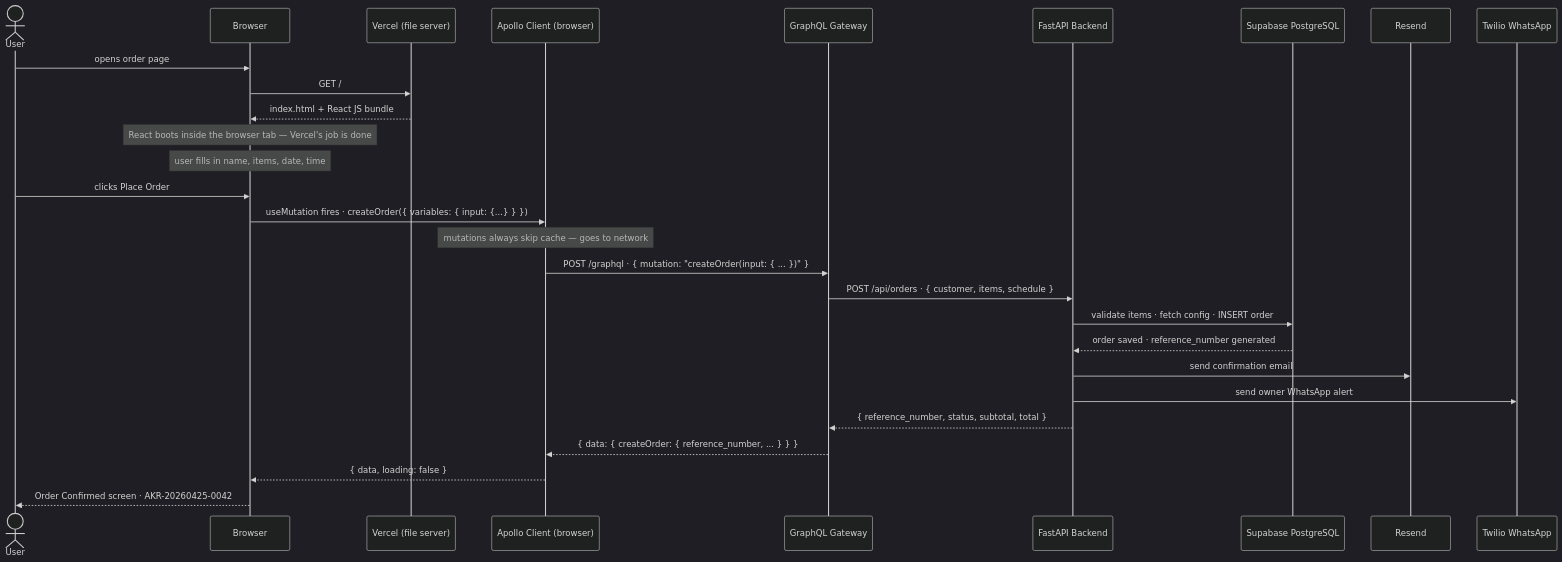
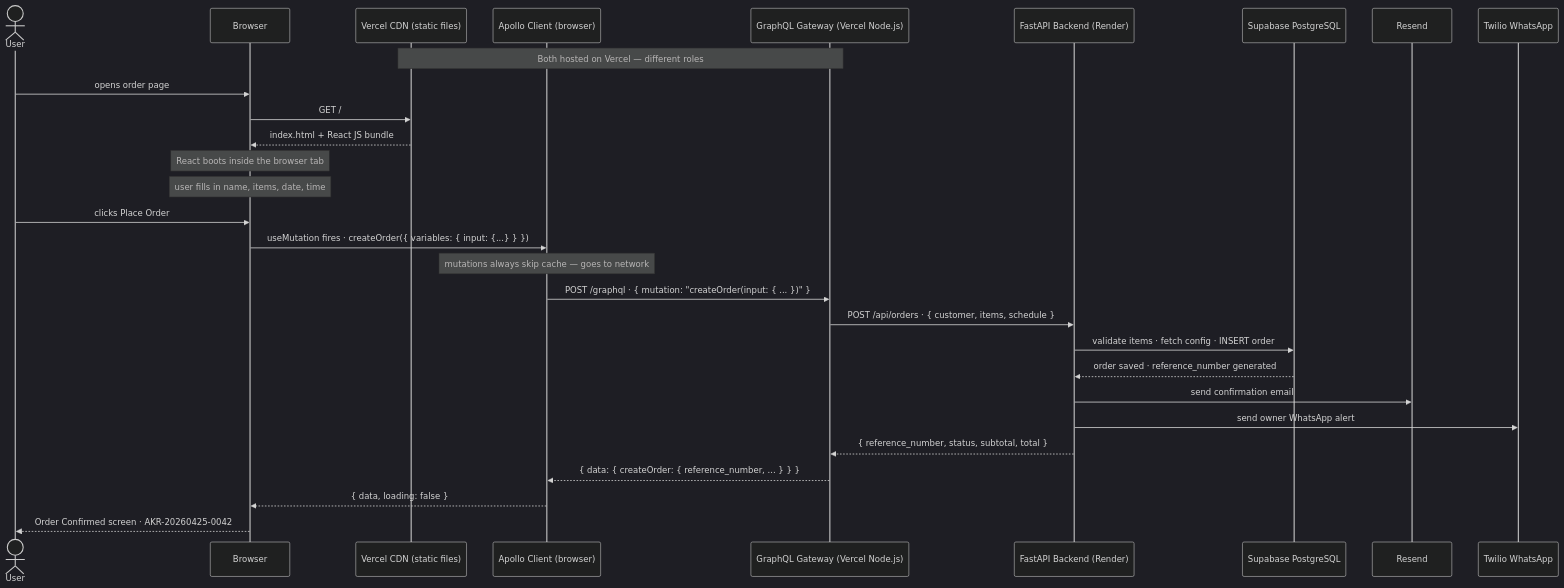
The second of 3 diagrams in src/docs/engineering-practices/graphql-request-flow.md (vikasparth/restaurant-main), drawn with Mermaid (dark theme) before and after one commit. The commit also changed other lines of this file, not shown here.

First line of the commit message:
fix: clarify Vercel hosts both CDN and gateway in request flow diagrams

````diff
--- a/src/docs/engineering-practices/graphql-request-flow.md
+++ b/src/docs/engineering-practices/graphql-request-flow.md
@@ -92,32 +94,34 @@
 ```mermaid
 sequenceDiagram
     actor User
     participant B as Browser
-    participant Vercel as Vercel (file server)
+    participant VCDN as Vercel CDN (static files)
     participant APC as Apollo Client (browser)
-    participant GW as GraphQL Gateway
-    participant BE as FastAPI Backend
+    participant GW as GraphQL Gateway (Vercel Node.js)
+    participant BE as FastAPI Backend (Render)
     participant DB as Supabase PostgreSQL
     participant Email as Resend
     participant WA as Twilio WhatsApp
 
+    Note over VCDN,GW: Both hosted on Vercel — different roles
+
     User->>B: opens order page
-    B->>Vercel: GET /
-    Vercel-->>B: index.html + React JS bundle
-    Note over B: React boots inside the browser tab — Vercel's job is done
+    B->>VCDN: GET /
+    VCDN-->>B: index.html + React JS bundle
+    Note over B: React boots inside the browser tab
     Note over B: user fills in name, items, date, time
 
     User->>B: clicks Place Order
     B->>APC: useMutation fires · createOrder({ variables: { input: {...} } })
     Note over APC: mutations always skip cache — goes to network
     APC->>GW: POST /graphql · { mutation: "createOrder(input: { ... })" }
     GW->>BE: POST /api/orders · { customer, items, schedule }
     BE->>DB: validate items · fetch config · INSERT order
     DB-->>BE: order saved · reference_number generated
     BE->>Email: send confirmation email
     BE->>WA: send owner WhatsApp alert
     BE-->>GW: { reference_number, status, subtotal, total }
     GW-->>APC: { data: { createOrder: { reference_number, ... } } }
     APC-->>B: { data, loading: false }
     B-->>User: Order Confirmed screen · AKR-20260425-0042
 ```
````
